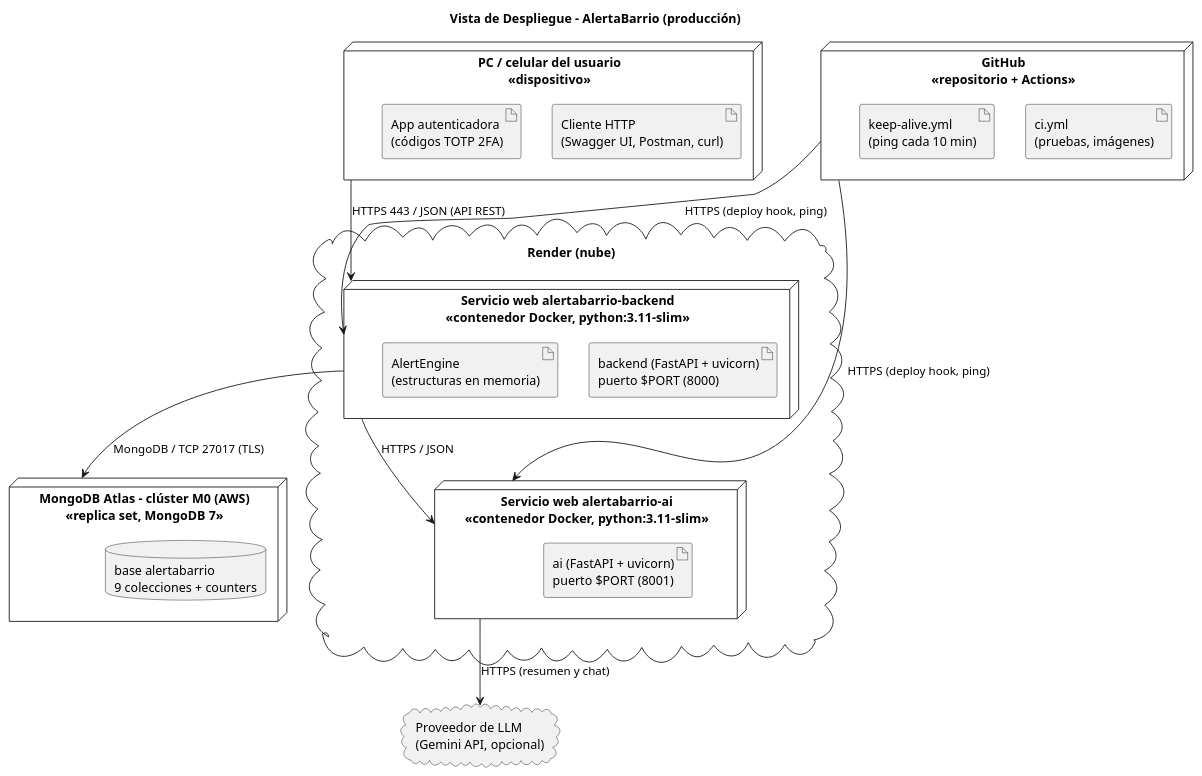
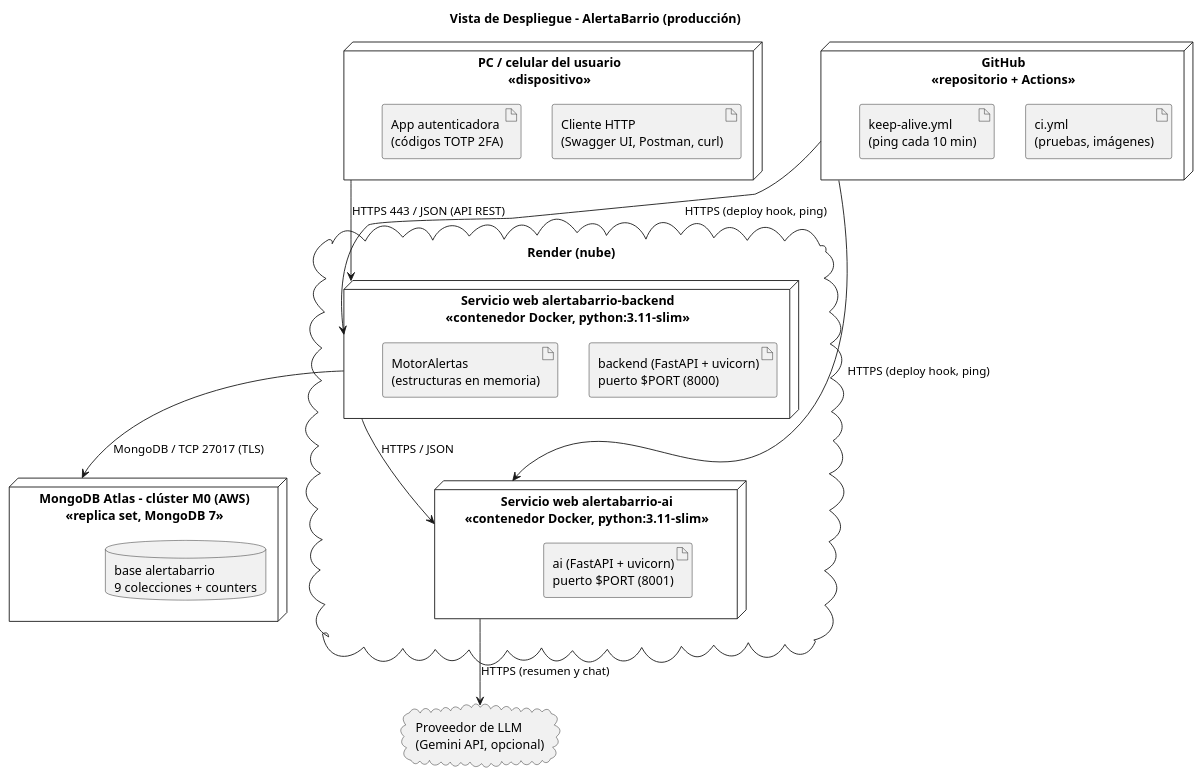
The diagram in docs/diagramas/5_vista_despliegue.puml (neber18/AlertaBarrio-Diseno-de-Software), drawn with PlantUML before and after one commit. The commit also changed 8 other files, not shown here.

Commit message:
docs: diagramas 4+1 con nombres en español

```diff
--- a/docs/diagramas/5_vista_despliegue.puml
+++ b/docs/diagramas/5_vista_despliegue.puml
@@ -1,36 +1,36 @@
 @startuml Vista_Despliegue_AlertaBarrio
 title Vista de Despliegue - AlertaBarrio (producción)
 
 node "PC / celular del usuario\n<<dispositivo>>" as N1 {
   artifact "Cliente HTTP\n(Swagger UI, Postman, curl)" as A1
   artifact "App autenticadora\n(códigos TOTP 2FA)" as A1b
 }
 
 cloud "Render (nube)" as R {
   node "Servicio web alertabarrio-backend\n<<contenedor Docker, python:3.11-slim>>" as N3 {
     artifact "backend (FastAPI + uvicorn)\npuerto $PORT (8000)" as A3
-    artifact "AlertEngine\n(estructuras en memoria)" as A3b
+    artifact "MotorAlertas\n(estructuras en memoria)" as A3b
   }
   node "Servicio web alertabarrio-ai\n<<contenedor Docker, python:3.11-slim>>" as N4 {
     artifact "ai (FastAPI + uvicorn)\npuerto $PORT (8001)" as A4
   }
 }
 
 node "MongoDB Atlas - clúster M0 (AWS)\n<<replica set, MongoDB 7>>" as N5 {
   database "base alertabarrio\n9 colecciones + counters" as A5
 }
 
 cloud "Proveedor de LLM\n(Gemini API, opcional)" as N6
 
 node "GitHub\n<<repositorio + Actions>>" as N7 {
   artifact "ci.yml\n(pruebas, imágenes)" as A7
   artifact "keep-alive.yml\n(ping cada 10 min)" as A7b
 }
 
 N1 --> N3 : HTTPS 443 / JSON (API REST)
 N3 --> N4 : HTTPS / JSON
 N3 --> N5 : MongoDB / TCP 27017 (TLS)
 N4 --> N6 : HTTPS (resumen y chat)
 N7 --> N3 : HTTPS (deploy hook, ping)
 N7 --> N4 : HTTPS (deploy hook, ping)
 @enduml
```
